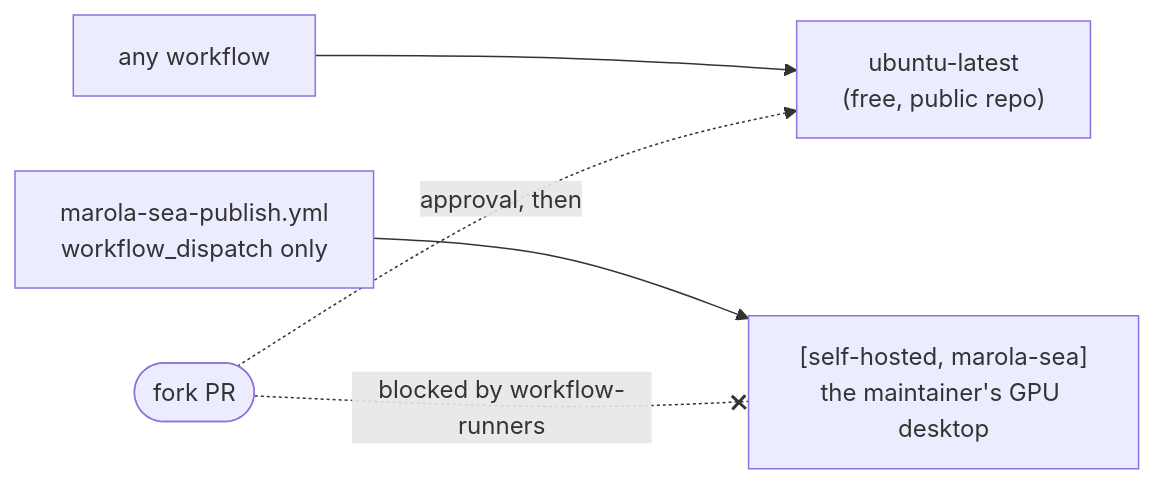
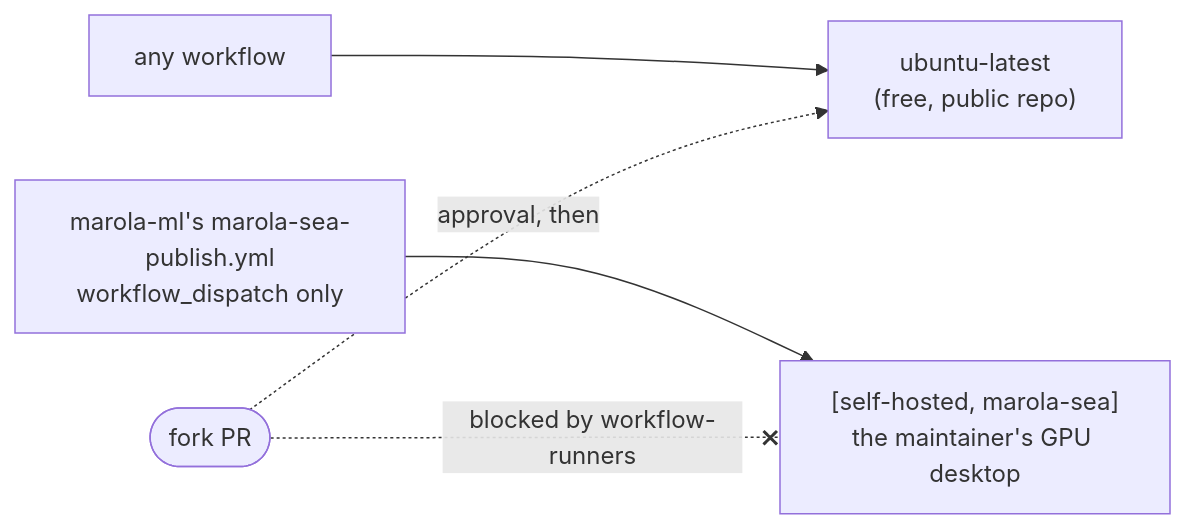
Before and after one commit to marola-dev/marola: the second of 2 diagrams in docs/3-Working-on-the-repo/CI-CD.md, drawn with Mermaid. The commit also changed other lines of this file and 11 other files, not shown here.

````diff
--- a/docs/3-Working-on-the-repo/CI-CD.md
+++ b/docs/3-Working-on-the-repo/CI-CD.md
@@ -92,7 +100,7 @@
 ```mermaid
 flowchart LR
   any["any workflow"] --> hosted["ubuntu-latest<br/>(free, public repo)"]
-  gpu["marola-sea-publish.yml<br/>workflow_dispatch only"] --> desk["[self-hosted, marola-sea]<br/>the maintainer's GPU desktop"]
+  gpu["marola-ml's marola-sea-publish.yml<br/>workflow_dispatch only"] --> desk["[self-hosted, marola-sea]<br/>the maintainer's GPU desktop"]
   fork(["fork PR"]) -. "approval, then" .-> hosted
   fork -. "blocked by workflow-runners" .-x desk
 ```
````
